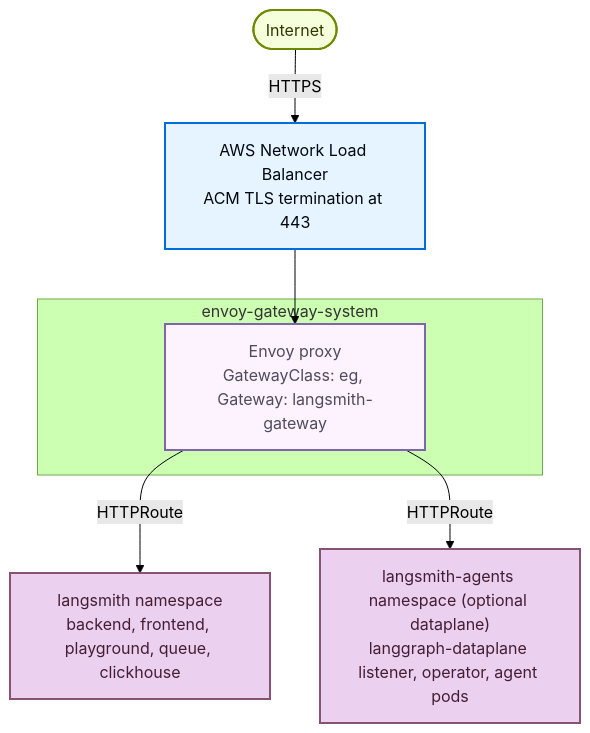
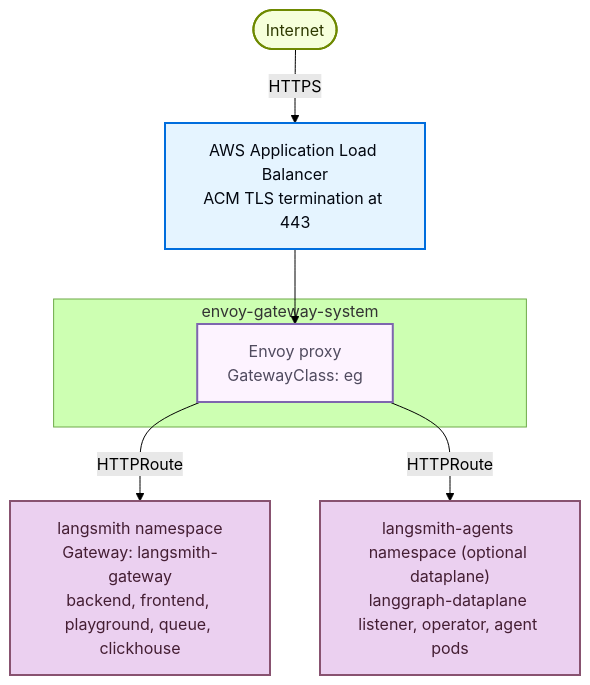
Before and after one commit to Eyre921/ofiicial-developer-docs: the second of 2 diagrams in agent-frameworks/langchain/pages/langsmith/self-host-terraform-aws-architecture.md, drawn with Mermaid (forest theme). The commit also changed other lines of this file and 296 other files, not shown here.

````diff
--- a/agent-frameworks/langchain/pages/langsmith/self-host-terraform-aws-architecture.md
+++ b/agent-frameworks/langchain/pages/langsmith/self-host-terraform-aws-architecture.md
@@ -174,27 +198,27 @@
 ```mermaid actions={false} theme={"theme":{"light":"catppuccin-latte","dark":"catppuccin-mocha"}}
 graph TD
     Internet(["Internet"])
-    NLB["AWS Network Load Balancer<br/>ACM TLS termination at 443"]
+    ALB["AWS Application Load Balancer<br/>ACM TLS termination at 443"]
 
     subgraph EGS["envoy-gateway-system"]
-        Envoy["Envoy proxy<br/>GatewayClass: eg, Gateway: langsmith-gateway"]
+        Envoy["Envoy proxy<br/>GatewayClass: eg"]
     end
 
-    LangSmith["langsmith namespace<br/>backend, frontend, playground, queue, clickhouse"]
+    LangSmith["langsmith namespace<br/>Gateway: langsmith-gateway<br/>backend, frontend, playground, queue, clickhouse"]
     Agents["langsmith-agents namespace (optional dataplane)<br/>langgraph-dataplane listener, operator, agent pods"]
 
-    Internet -->|HTTPS| NLB
-    NLB --> Envoy
+    Internet -->|HTTPS| ALB
+    ALB --> Envoy
     Envoy -->|HTTPRoute| LangSmith
     Envoy -->|HTTPRoute| Agents
 
     classDef trigger fill:#F6FFDB,stroke:#6E8900,stroke-width:2px,color:#2E3900
     classDef process fill:#E5F4FF,stroke:#006DDD,stroke-width:2px,color:#030710
     classDef decision fill:#FDF3FF,stroke:#7E65AE,stroke-width:2px,color:#504B5F
     classDef output fill:#EBD0F0,stroke:#885270,stroke-width:2px,color:#441E33
 
     class Internet trigger
-    class NLB process
+    class ALB process
     class Envoy decision
     class LangSmith,Agents output
 ```
````
